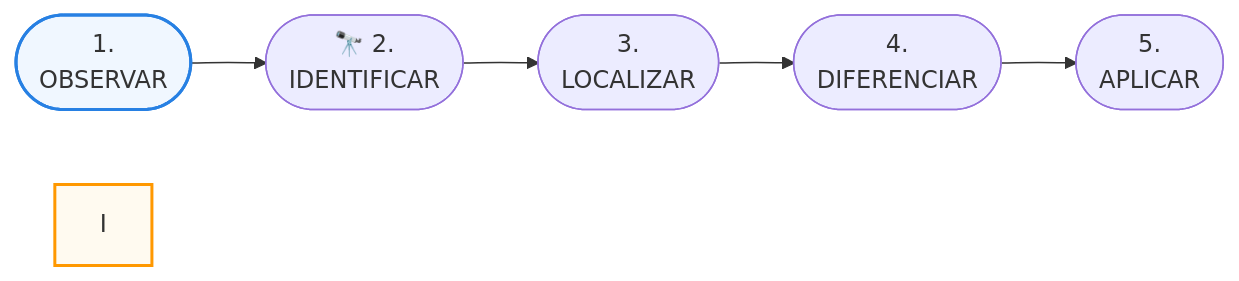
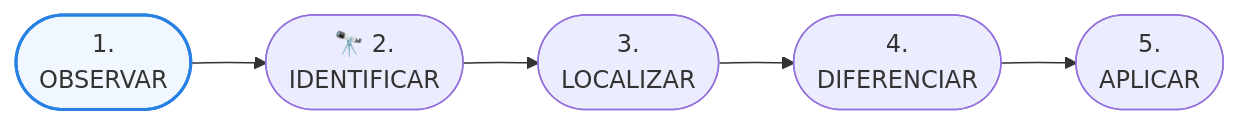
Before and after one commit to vegaper/DBA-Study-Guide: the first of 2 diagrams in procesos.qmd, drawn with Mermaid. The commit also changed other lines of this file, not shown here.

````diff
--- a/procesos.qmd
+++ b/procesos.qmd
@@ -114,10 +114,10 @@
 ```{mermaid}
 flowchart LR
     A([ 1.<br>OBSERVAR]) --> B([🔭 2.<br>IDENTIFICAR])
     B --> C([ 3.<br>LOCALIZAR])
     C --> D([ 4.<br>DIFERENCIAR])
     D --> E([ 5.<br>APLICAR])    
     %% Estilos para mantener los tonos de tu web
     style A fill:#f0f7ff,stroke:#2780e3,stroke-width:2px
-    style I fill:#fffaf0,stroke:#ff9800,stroke-width:2px
+   
 ```
````
